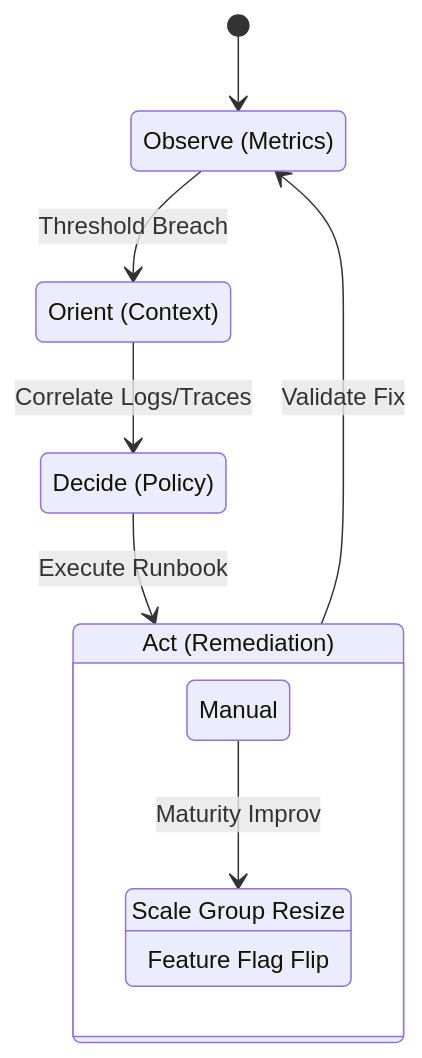
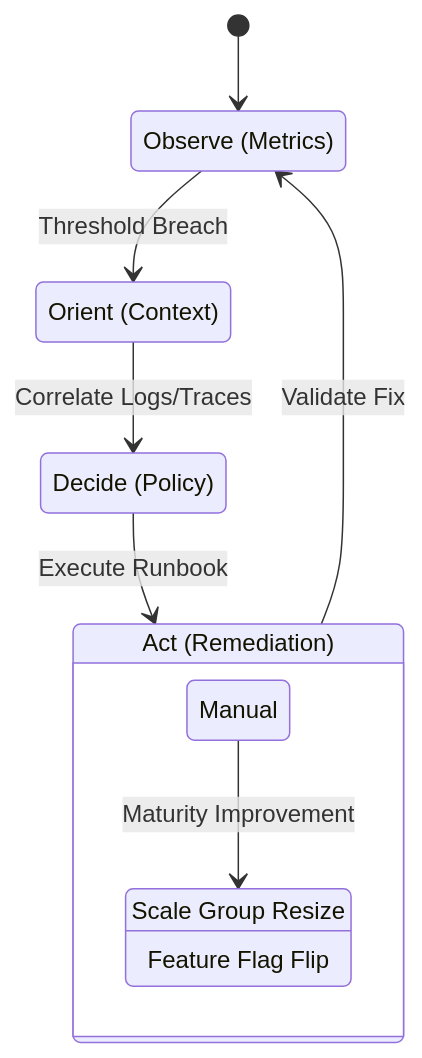
The fifth of 5 diagrams in src/app/[locale]/research/papers/a3-enterprise-observability-operational-intelligence/A3-PAPER-FULL.md (gchaitanyabharath9/omnigcloud), drawn with Mermaid before and after one commit. The commit also changed other lines of this file, not shown here.

````diff
--- a/src/app/[locale]/research/papers/a3-enterprise-observability-operational-intelligence/A3-PAPER-FULL.md
+++ b/src/app/[locale]/research/papers/a3-enterprise-observability-operational-intelligence/A3-PAPER-FULL.md
@@ -146,19 +484,19 @@
 ```mermaid
 stateDiagram-v2
     state "Observe (Metrics)" as Obs
     state "Orient (Context)" as Ori
     state "Decide (Policy)" as Dec
     state "Act (Remediation)" as Act
     
     [*] --> Obs
     Obs --> Ori : Threshold Breach
     Ori --> Dec : Correlate Logs/Traces
     Dec --> Act : Execute Runbook
     Act --> Obs : Validate Fix
     
     state Act {
-        Manual --> Auto : Maturity Improv
+        Manual --> Auto : Maturity Improvement
         Auto : Scale Group Resize
         Auto : Feature Flag Flip
     }
 ```
````
